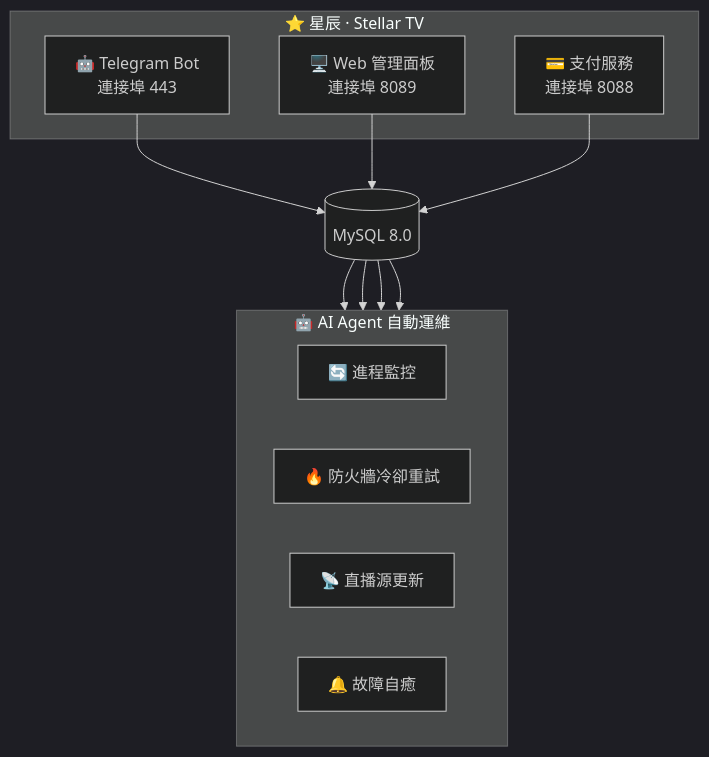
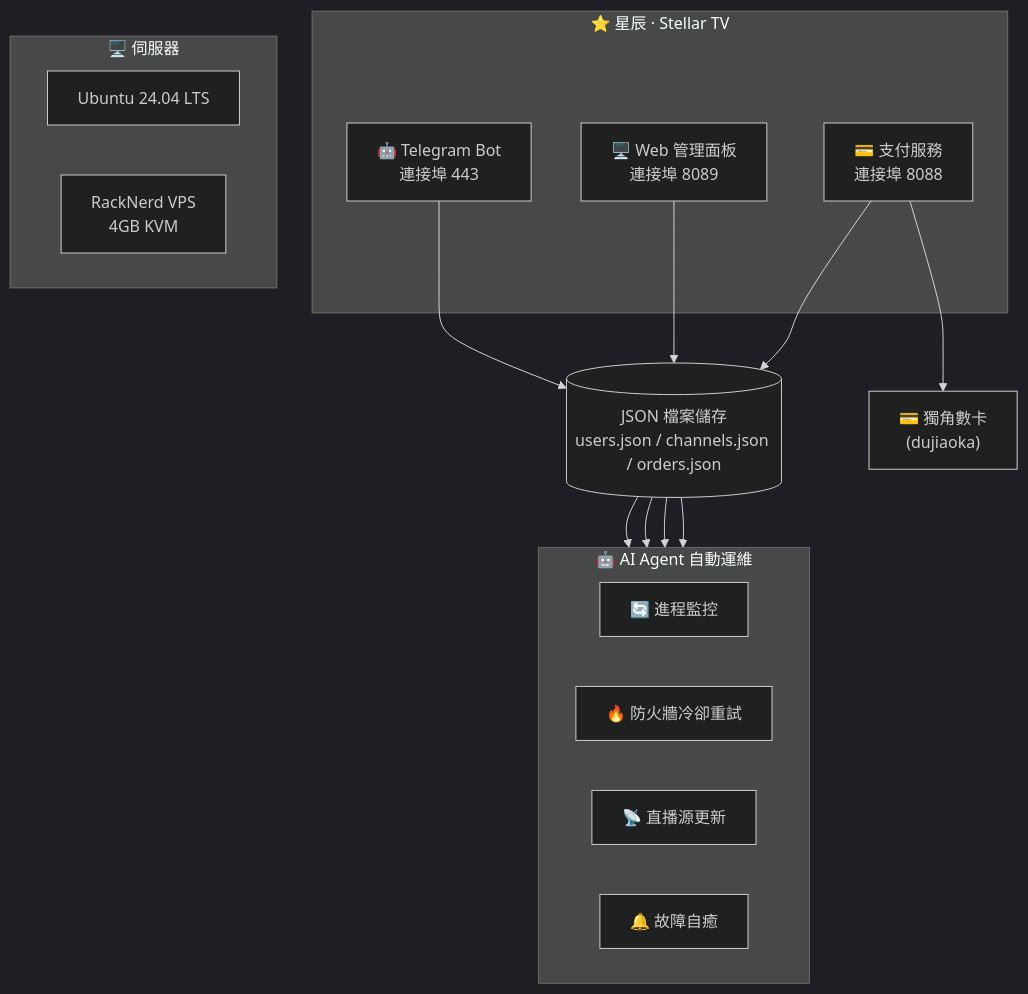
The diagram in README_TW.md (xkmuzili/starchen-iptv), drawn with Mermaid (dark theme) before and after one commit. The commit also changed other lines of this file and 4 other files, not shown here.

````diff
--- a/README_TW.md
+++ b/README_TW.md
@@ -130,25 +130,33 @@
 ```mermaid
 graph TB
     subgraph StellarTV["⭐ 星辰 · Stellar TV"]
         Bot["🤖 Telegram Bot<br/>連接埠 443"]
         Web["🖥️ Web 管理面板<br/>連接埠 8089"]
         Pay["💳 支付服務<br/>連接埠 8088"]
     end
 
-    Bot --> DB[("MySQL 8.0")]
+    Bot --> DB[("JSON 檔案儲存<br/>users.json / channels.json / orders.json")]
     Web --> DB
     Pay --> DB
+
+    Pay --> PG["💳 獨角數卡<br/>(dujiaoka)"]
+
+    subgraph Server["🖥️ 伺服器"]
+        direction LR
+        OS["Ubuntu 24.04 LTS"]
+        VPS["RackNerd VPS<br/>4GB KVM"]
+    end
 
     subgraph AIAgent["🤖 AI Agent 自動運維"]
         direction LR
         E["🔄 進程監控"]
         F["🔥 防火牆冷卻重試"]
         G["📡 直播源更新"]
         H["🔔 故障自癒"]
     end
 
     DB --> E
     DB --> F
     DB --> G
     DB --> H
 ```
````
